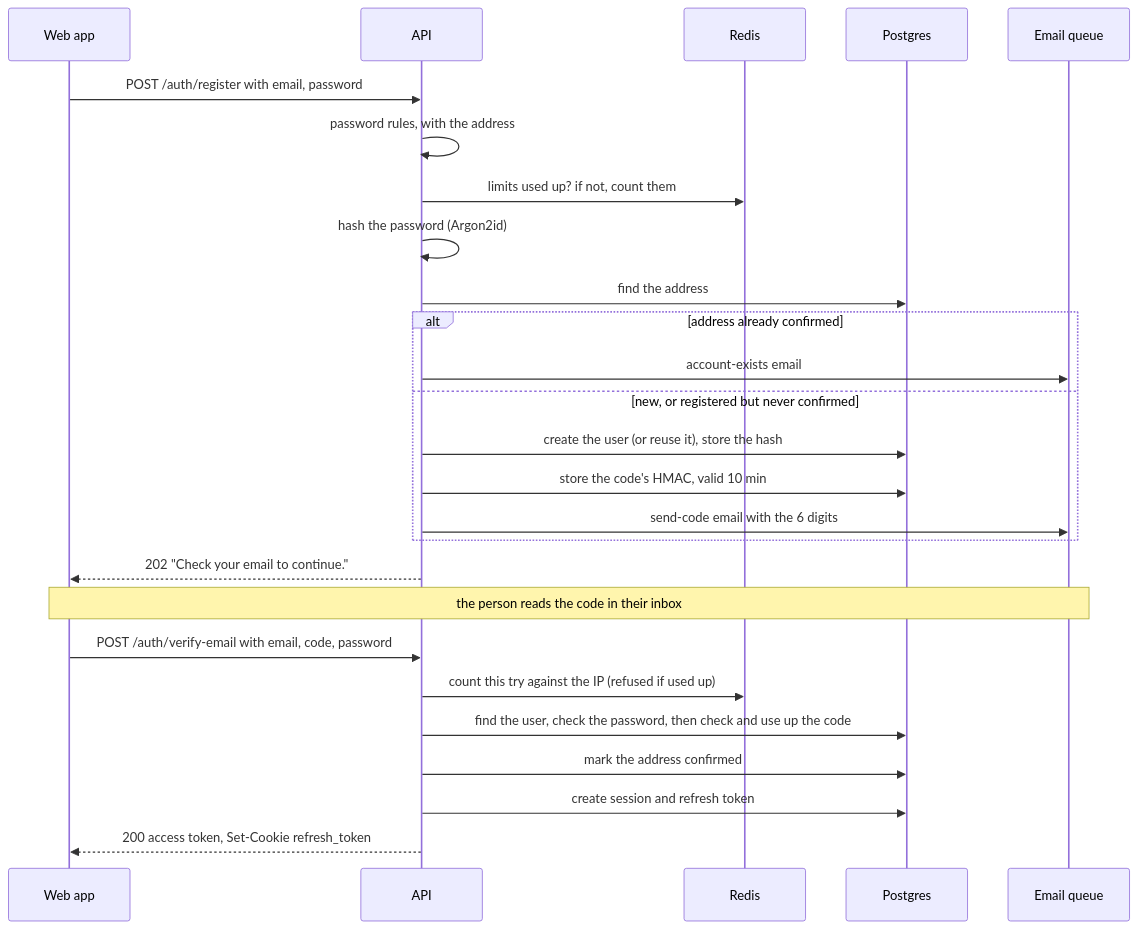
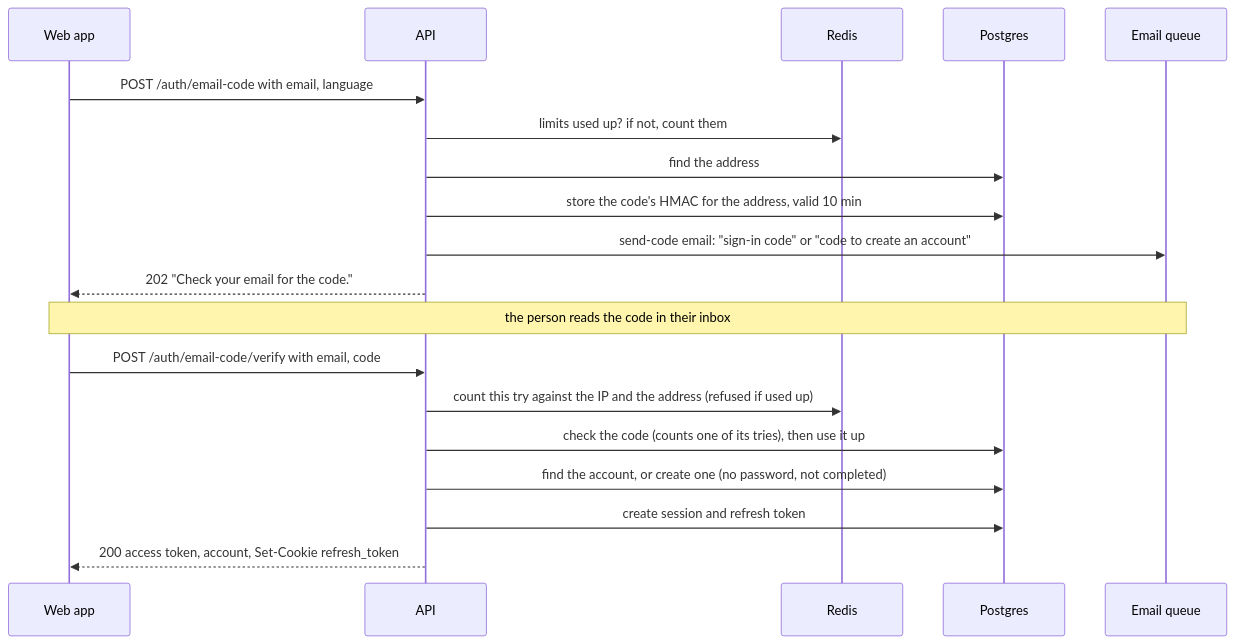
One commit to StoriuSs/NezFocus-Backend changed the first of 10 diagrams in docs/auth/flows.md. Above: the diagram before and after it, drawn with Mermaid. The commit also changed other lines of this file and 143 other files, not shown here.

First line of the commit message:
feat(auth): codes by email for sign-up and sign-in (L6)

````diff
--- a/docs/auth/flows.md
+++ b/docs/auth/flows.md
@@ -51,28 +51,21 @@
 ```mermaid
 sequenceDiagram
     participant W as Web app
     participant A as API
     participant R as Redis
     participant P as Postgres
     participant Q as Email queue
-    W->>A: POST /auth/register with email, password
-    A->>A: password rules, with the address
+    W->>A: POST /auth/email-code with email, language
     A->>R: limits used up? if not, count them
-    A->>A: hash the password (Argon2id)
     A->>P: find the address
-    alt address already confirmed
-        A->>Q: account-exists email
-    else new, or registered but never confirmed
-        A->>P: create the user (or reuse it), store the hash
-        A->>P: store the code's HMAC, valid 10 min
-        A->>Q: send-code email with the 6 digits
-    end
-    A-->>W: 202 "Check your email to continue."
+    A->>P: store the code's HMAC for the address, valid 10 min
+    A->>Q: send-code email: "sign-in code" or "code to create an account"
+    A-->>W: 202 "Check your email for the code."
     Note over W,Q: the person reads the code in their inbox
-    W->>A: POST /auth/verify-email with email, code, password
-    A->>R: count this try against the IP (refused if used up)
-    A->>P: find the user, check the password, then check and use up the code
-    A->>P: mark the address confirmed
+    W->>A: POST /auth/email-code/verify with email, code
+    A->>R: count this try against the IP and the address (refused if used up)
+    A->>P: check the code (counts one of its tries), then use it up
+    A->>P: find the account, or create one (no password, not completed)
     A->>P: create session and refresh token
-    A-->>W: 200 access token, Set-Cookie refresh_token
+    A-->>W: 200 access token, account, Set-Cookie refresh_token
 ```
````
